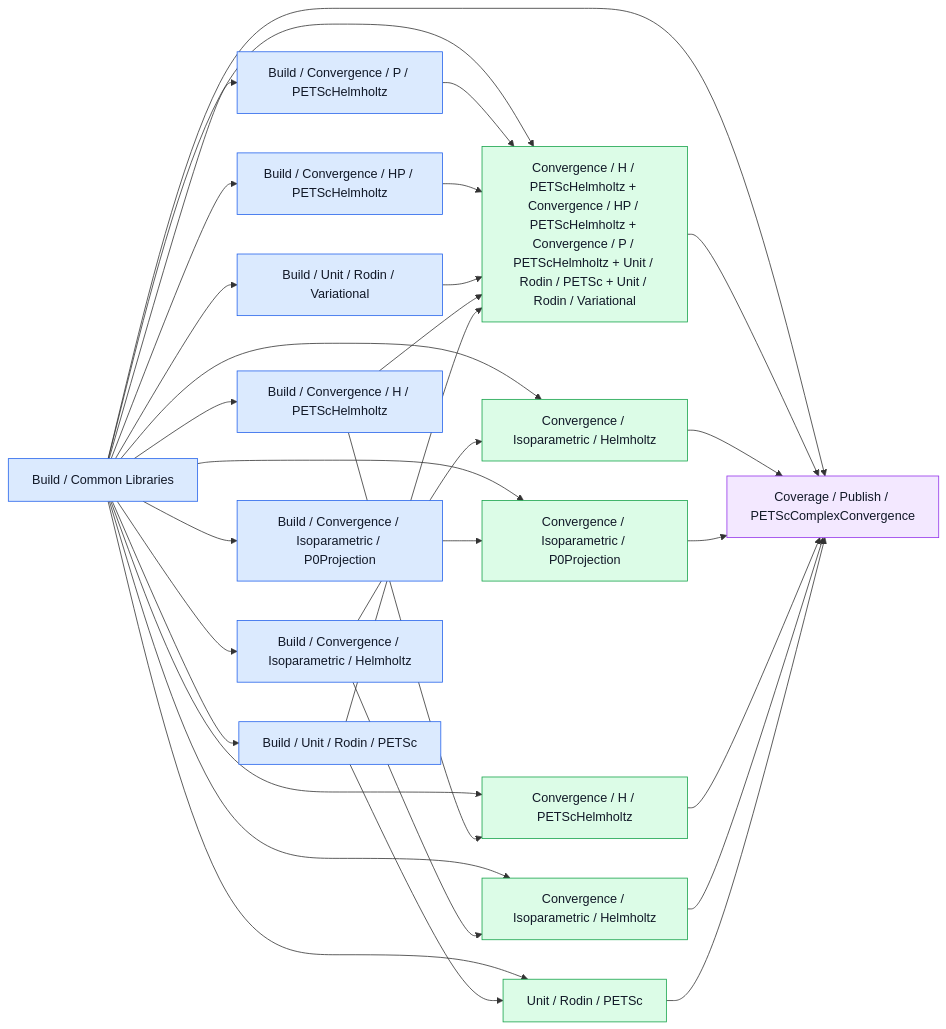
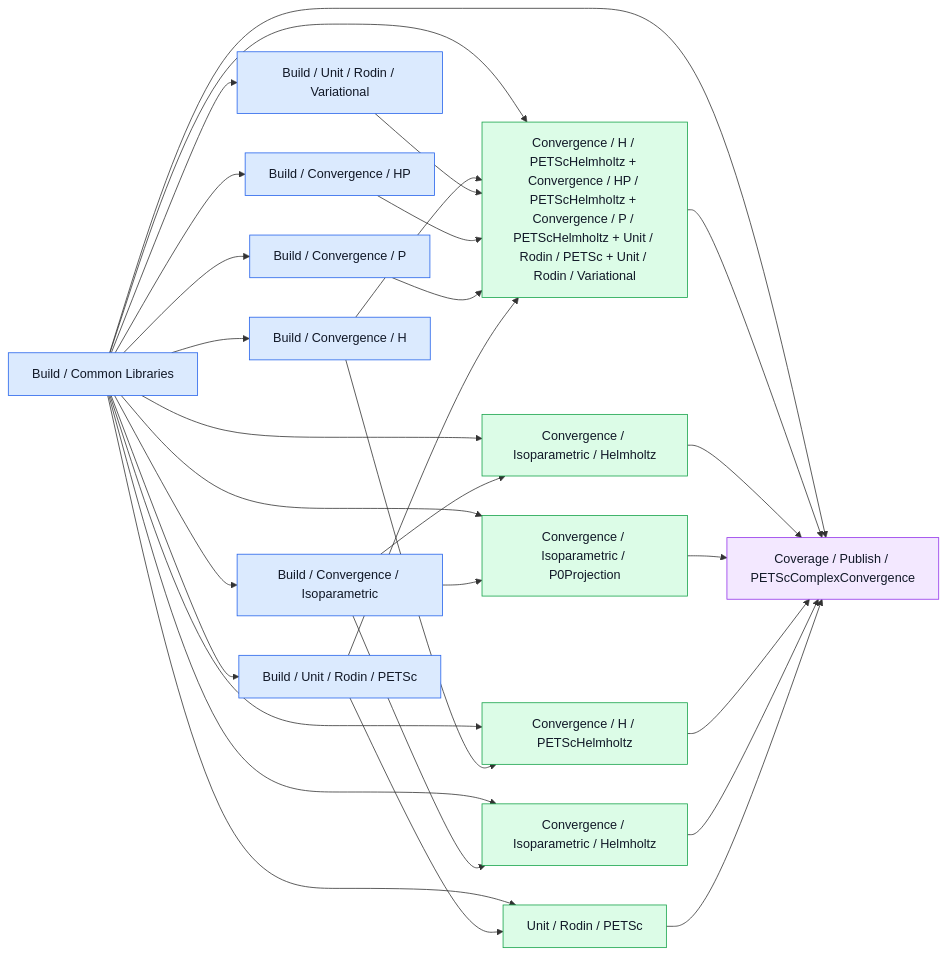
One commit to cbritopacheco/rodin changed the diagram in .github/ci/graphs/complex.md. Above: the diagram before and after it, drawn with Mermaid. The commit also changed 31 other files, not shown here.

````diff
--- a/.github/ci/graphs/complex.md
+++ b/.github/ci/graphs/complex.md
@@ -11,51 +11,49 @@
 ```mermaid
 flowchart LR
     Common["Build / Common Libraries"]:::build
-    b_7e7393f2d1535333["Build / Convergence / H / PETScHelmholtz"]:::build
-    b_2f5194ab0b824e48["Build / Convergence / HP / PETScHelmholtz"]:::build
-    b_529d455ca0628361["Build / Convergence / Isoparametric / Helmholtz"]:::build
-    b_ae895a3eb0b1b80d["Build / Convergence / Isoparametric / P0Projection"]:::build
-    b_018475937d39c109["Build / Convergence / P / PETScHelmholtz"]:::build
+    b_2989e83a0d5f4507["Build / Convergence / H"]:::build
+    b_6554bf74aa040f2d["Build / Convergence / HP"]:::build
+    b_5b5ca12157517189["Build / Convergence / Isoparametric"]:::build
+    b_6680ea56fdf3c71b["Build / Convergence / P"]:::build
     b_a2c40791b7670c5d["Build / Unit / Rodin / PETSc"]:::build
     b_53c1b5c7da997368["Build / Unit / Rodin / Variational"]:::build
     e_49d80aa3c06ede54["Convergence / Isoparametric / Helmholtz"]:::execution
     e_85e43709b28c601a["Convergence / Isoparametric / P0Projection"]:::execution
     e_88fe1d228cff84d4["Convergence / H / PETScHelmholtz + Convergence / HP / PETScHelmholtz + Convergence / P / PETScHelmholtz + Unit / Rodin / PETSc + Unit / Rodin / Variational"]:::execution
     e_8c961bfcb2a42ff2["Convergence / H / PETScHelmholtz"]:::execution
     e_dcc533e56a7df1dd["Unit / Rodin / PETSc"]:::execution
     e_f1a9d74134e3f21d["Convergence / Isoparametric / Helmholtz"]:::execution
     Publish_PETScComplexConvergence["Coverage / Publish / PETScComplexConvergence"]:::coverage
-    Common --> b_7e7393f2d1535333
-    Common --> b_2f5194ab0b824e48
-    Common --> b_529d455ca0628361
-    Common --> b_ae895a3eb0b1b80d
-    Common --> b_018475937d39c109
+    Common --> b_2989e83a0d5f4507
+    Common --> b_6554bf74aa040f2d
+    Common --> b_5b5ca12157517189
+    Common --> b_6680ea56fdf3c71b
     Common --> b_a2c40791b7670c5d
     Common --> b_53c1b5c7da997368
     Common --> e_49d80aa3c06ede54
-    b_529d455ca0628361 --> e_49d80aa3c06ede54
+    b_5b5ca12157517189 --> e_49d80aa3c06ede54
     Common --> e_85e43709b28c601a
-    b_ae895a3eb0b1b80d --> e_85e43709b28c601a
+    b_5b5ca12157517189 --> e_85e43709b28c601a
     Common --> e_88fe1d228cff84d4
-    b_018475937d39c109 --> e_88fe1d228cff84d4
-    b_2f5194ab0b824e48 --> e_88fe1d228cff84d4
+    b_2989e83a0d5f4507 --> e_88fe1d228cff84d4
     b_53c1b5c7da997368 --> e_88fe1d228cff84d4
-    b_7e7393f2d1535333 --> e_88fe1d228cff84d4
+    b_6554bf74aa040f2d --> e_88fe1d228cff84d4
+    b_6680ea56fdf3c71b --> e_88fe1d228cff84d4
     b_a2c40791b7670c5d --> e_88fe1d228cff84d4
     Common --> e_8c961bfcb2a42ff2
-    b_7e7393f2d1535333 --> e_8c961bfcb2a42ff2
+    b_2989e83a0d5f4507 --> e_8c961bfcb2a42ff2
     Common --> e_dcc533e56a7df1dd
     b_a2c40791b7670c5d --> e_dcc533e56a7df1dd
     Common --> e_f1a9d74134e3f21d
-    b_529d455ca0628361 --> e_f1a9d74134e3f21d
+    b_5b5ca12157517189 --> e_f1a9d74134e3f21d
     Common --> Publish_PETScComplexConvergence
     e_88fe1d228cff84d4 --> Publish_PETScComplexConvergence
     e_f1a9d74134e3f21d --> Publish_PETScComplexConvergence
     e_85e43709b28c601a --> Publish_PETScComplexConvergence
     e_8c961bfcb2a42ff2 --> Publish_PETScComplexConvergence
     e_49d80aa3c06ede54 --> Publish_PETScComplexConvergence
     e_dcc533e56a7df1dd --> Publish_PETScComplexConvergence
     classDef build fill:#dbeafe,stroke:#2563eb,color:#111827
     classDef execution fill:#dcfce7,stroke:#16a34a,color:#111827
     classDef coverage fill:#f3e8ff,stroke:#9333ea,color:#111827
 ```
````
